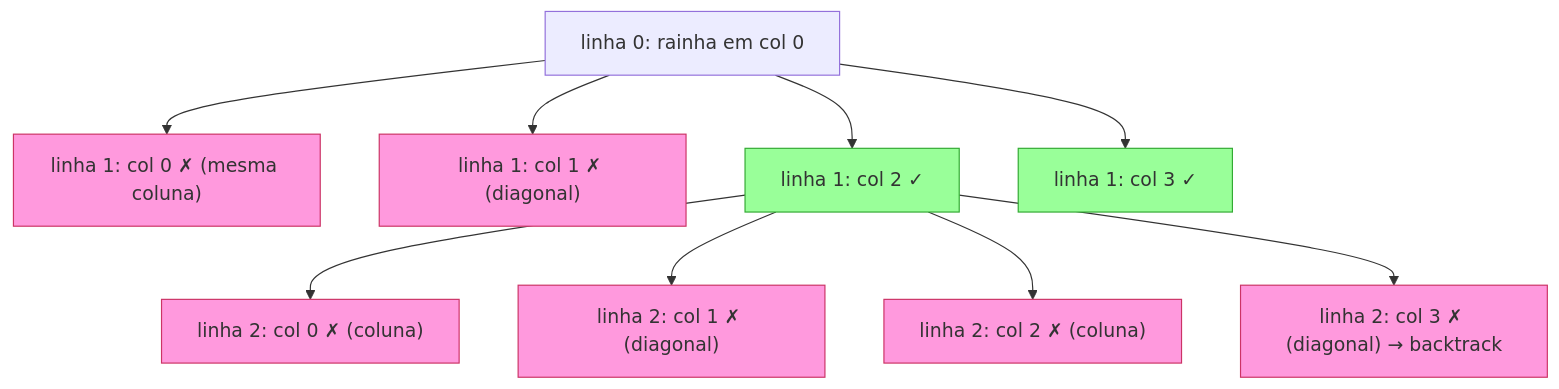
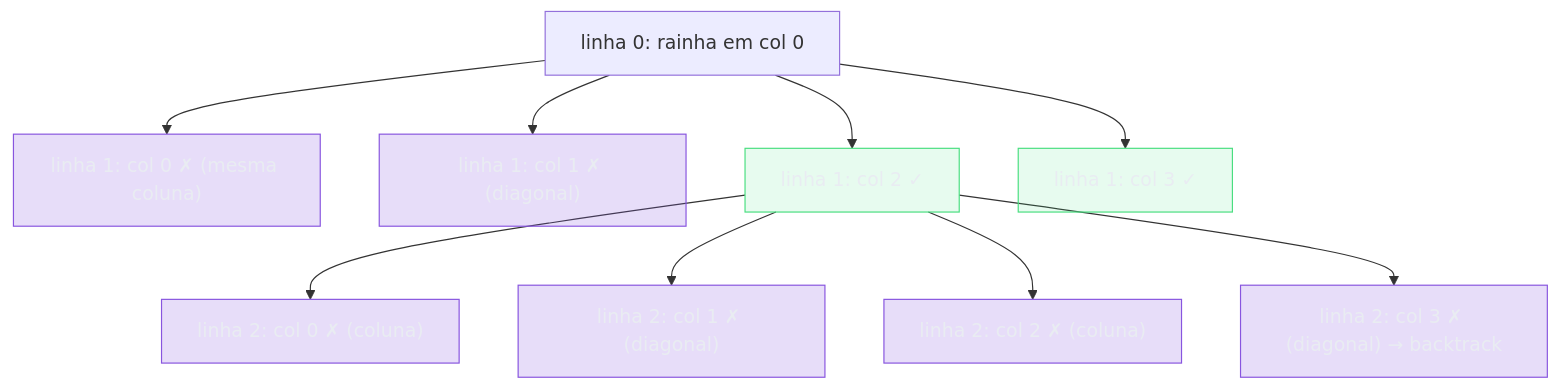
Before and after one commit to josenaldo/codex-technomanticus: the fifth of 6 diagrams in 03-Dominios/Ciência/Algoritmos/12 - Backtracking.md, drawn with Mermaid. The commit also changed other lines of this file and 1181 other files, not shown here.

First line of the commit message:
fix(diagramas): paleta do sistema no lugar de cor cravada no markdown

````diff
--- a/03-Dominios/Ciência/Algoritmos/12 - Backtracking.md
+++ b/03-Dominios/Ciência/Algoritmos/12 - Backtracking.md
@@ -273,20 +282,22 @@
 ```mermaid
 flowchart TD
+    classDef marca fill:#8855DF33,stroke:#8855DF,color:#E9ECF2
+    classDef ok fill:#4ADE8021,stroke:#4ADE80,color:#E9ECF2
     L0["linha 0: rainha em col 0"] --> L1a["linha 1: col 0 ✗ (mesma coluna)"]
     L0 --> L1b["linha 1: col 1 ✗ (diagonal)"]
     L0 --> L1c["linha 1: col 2 ✓"]
     L0 --> L1d["linha 1: col 3 ✓"]
     L1c --> L2a["linha 2: col 0 ✗ (coluna)"]
     L1c --> L2b["linha 2: col 1 ✗ (diagonal)"]
     L1c --> L2c["linha 2: col 2 ✗ (coluna)"]
     L1c --> L2d["linha 2: col 3 ✗ (diagonal) → backtrack"]
 
-    style L1a fill:#f9d,stroke:#c36
-    style L1b fill:#f9d,stroke:#c36
-    style L2a fill:#f9d,stroke:#c36
-    style L2b fill:#f9d,stroke:#c36
-    style L2c fill:#f9d,stroke:#c36
-    style L2d fill:#f9d,stroke:#c36
-    style L1c fill:#9f9,stroke:#3a3
-    style L1d fill:#9f9,stroke:#3a3
+    class L1a marca
+    class L1b marca
+    class L2a marca
+    class L2b marca
+    class L2c marca
+    class L2d marca
+    class L1c ok
+    class L1d ok
 ```
````
